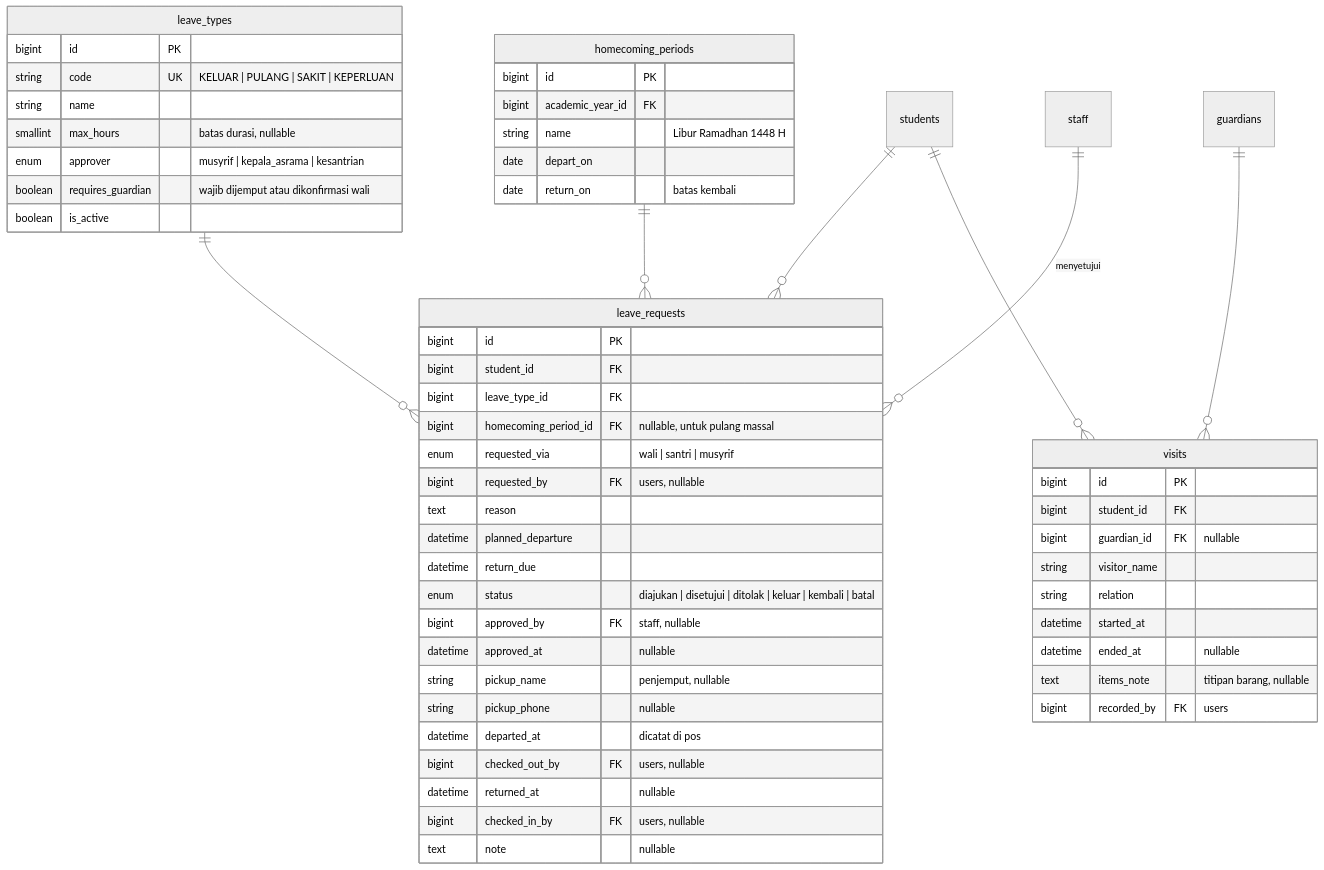
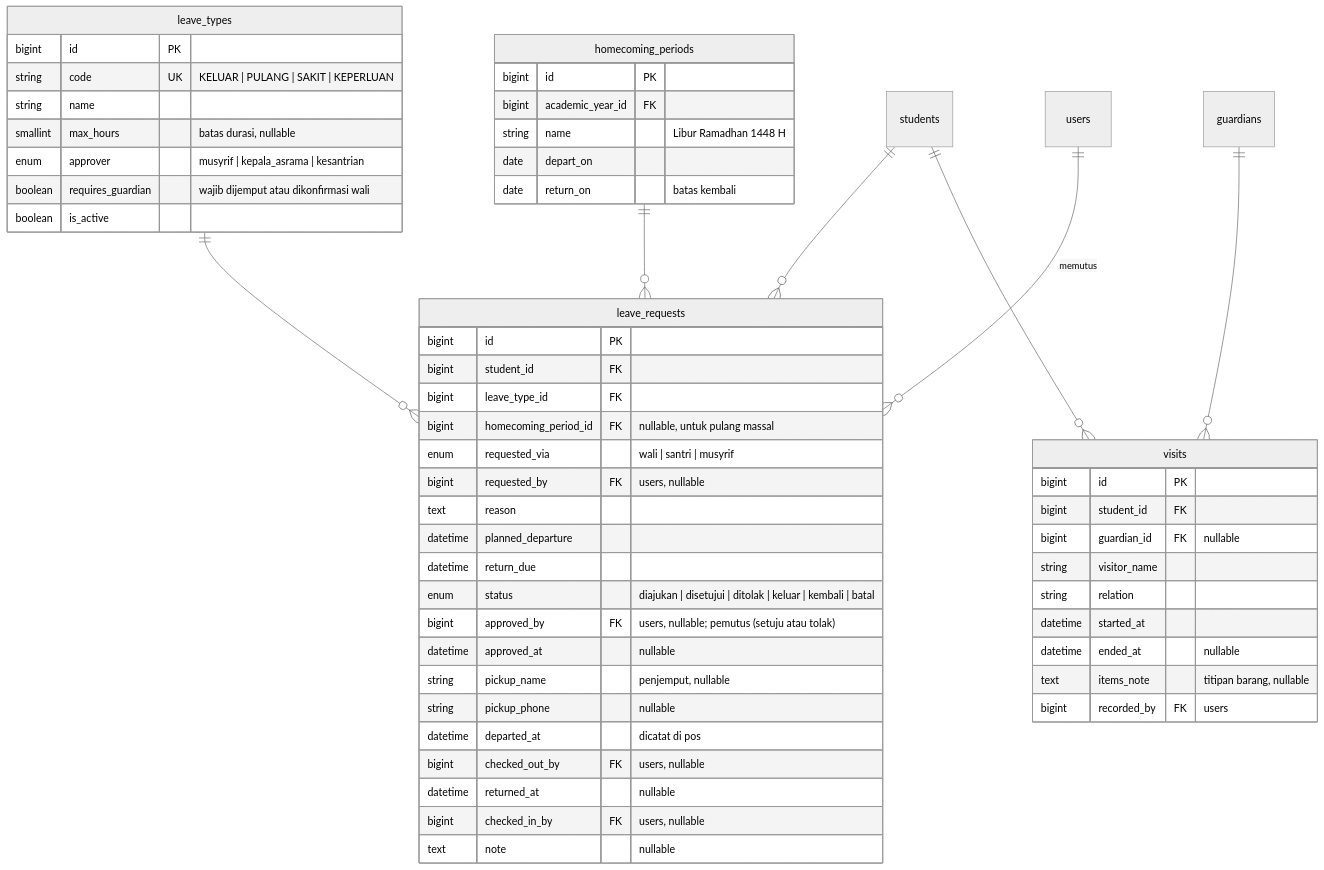
One commit to dankedev/pondok changed the fifth of 12 diagrams in docs/erd.md. Above: the diagram before and after it, drawn with Mermaid (neutral theme). The commit also changed other lines of this file, not shown here.

Commit message:
docs(perizinan): approved_by ke users dan catatan index di ERD
Refs #5

````diff
--- a/docs/erd.md
+++ b/docs/erd.md
@@ -324,58 +324,58 @@
 ```mermaid
 erDiagram
   leave_types {
     bigint id PK
     string code UK "KELUAR | PULANG | SAKIT | KEPERLUAN"
     string name
     smallint max_hours "batas durasi, nullable"
     enum approver "musyrif | kepala_asrama | kesantrian"
     boolean requires_guardian "wajib dijemput atau dikonfirmasi wali"
     boolean is_active
   }
   homecoming_periods {
     bigint id PK
     bigint academic_year_id FK
     string name "Libur Ramadhan 1448 H"
     date depart_on
     date return_on "batas kembali"
   }
   leave_requests {
     bigint id PK
     bigint student_id FK
     bigint leave_type_id FK
     bigint homecoming_period_id FK "nullable, untuk pulang massal"
     enum requested_via "wali | santri | musyrif"
     bigint requested_by FK "users, nullable"
     text reason
     datetime planned_departure
     datetime return_due
     enum status "diajukan | disetujui | ditolak | keluar | kembali | batal"
-    bigint approved_by FK "staff, nullable"
+    bigint approved_by FK "users, nullable; pemutus (setuju atau tolak)"
     datetime approved_at "nullable"
     string pickup_name "penjemput, nullable"
     string pickup_phone "nullable"
     datetime departed_at "dicatat di pos"
     bigint checked_out_by FK "users, nullable"
     datetime returned_at "nullable"
     bigint checked_in_by FK "users, nullable"
     text note "nullable"
   }
   visits {
     bigint id PK
     bigint student_id FK
     bigint guardian_id FK "nullable"
     string visitor_name
     string relation
     datetime started_at
     datetime ended_at "nullable"
     text items_note "titipan barang, nullable"
     bigint recorded_by FK "users"
   }
   leave_types ||--o{ leave_requests : ""
   students ||--o{ leave_requests : ""
   homecoming_periods ||--o{ leave_requests : ""
-  staff ||--o{ leave_requests : "menyetujui"
+  users ||--o{ leave_requests : "memutus"
   students ||--o{ visits : ""
   guardians ||--o{ visits : ""
   
 ```
````
